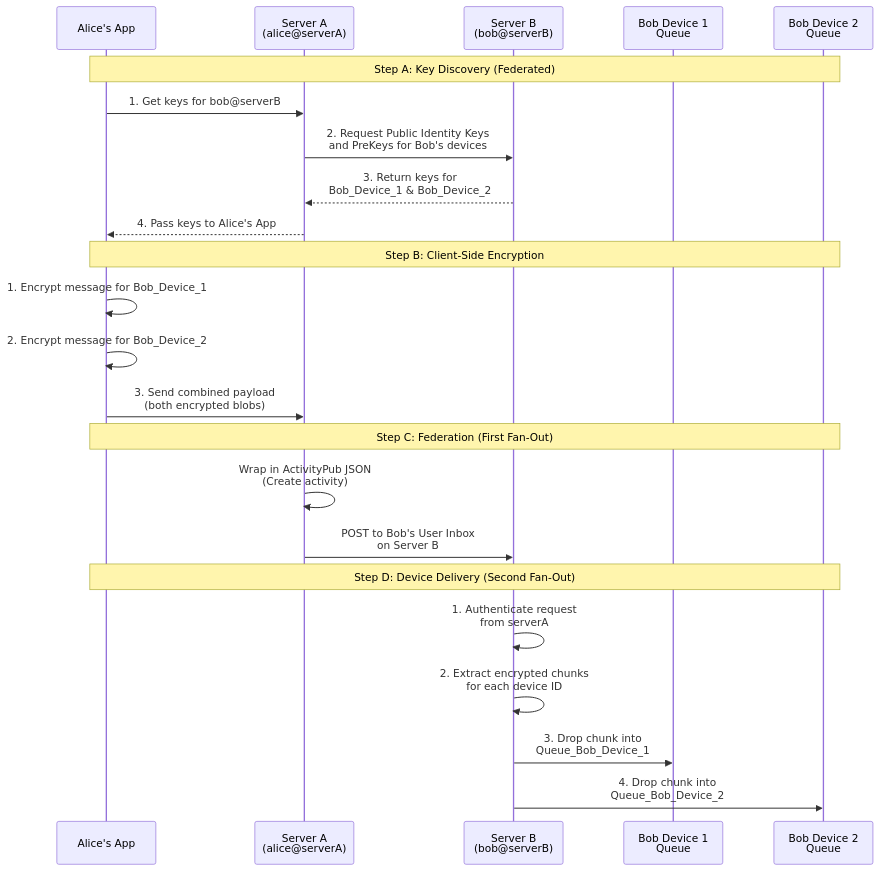
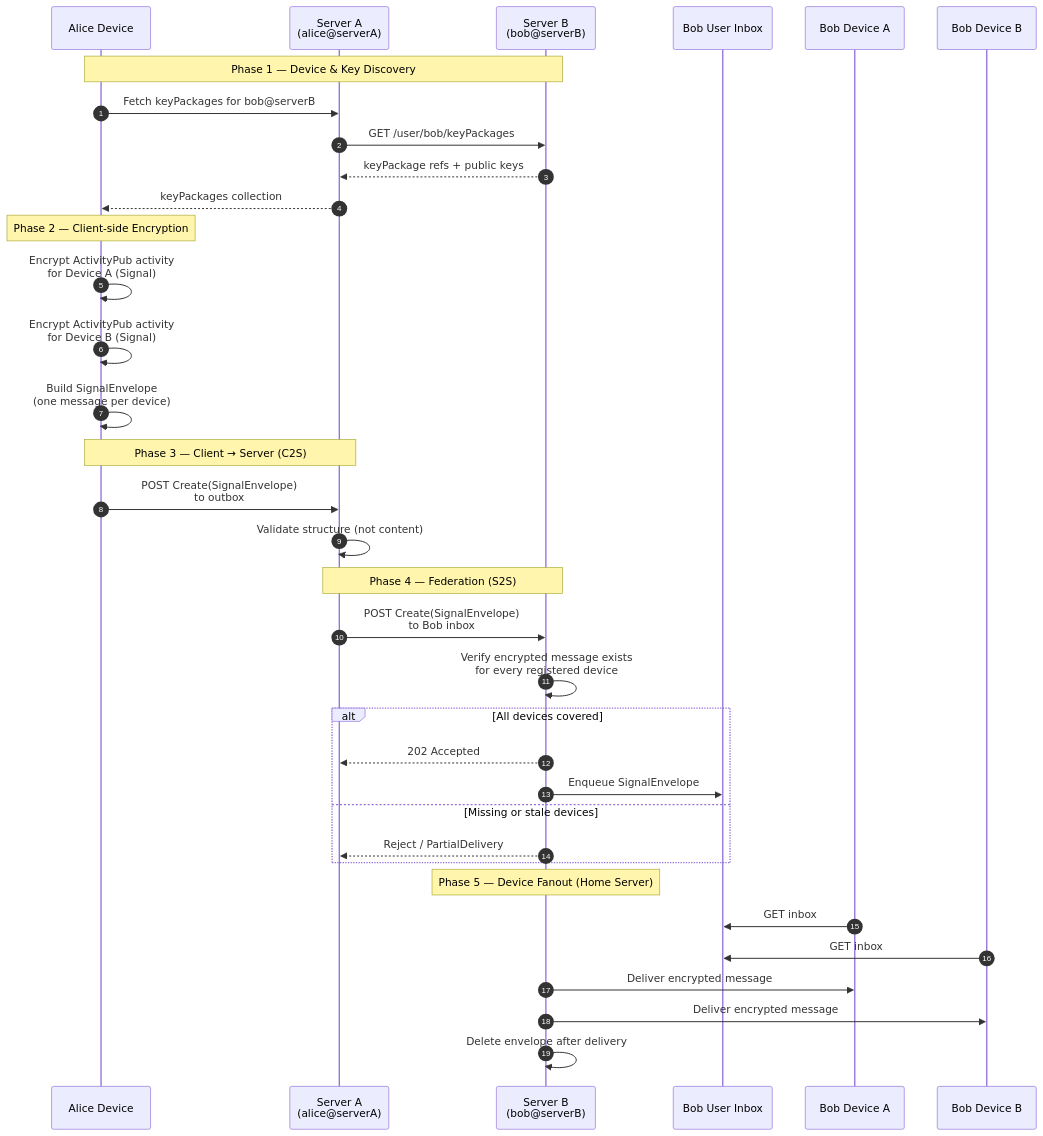
The first of 4 diagrams in README.md (eko-network/eko-messenger), drawn with Mermaid before and after one commit. The commit also changed other lines of this file and 1 other file, not shown here.

Commit message:
docs: specification (version 0.0.1) (#2)
* add specification

* update readme

````diff
--- a/README.md
+++ b/README.md
@@ -10,29 +14,48 @@
 ```mermaid
 sequenceDiagram
-    participant Alice as Alice's App
+    autonumber
+    participant Alice as Alice Device
     participant ServerA as Server A<br/>(alice@serverA)
     participant ServerB as Server B<br/>(bob@serverB)
-    participant Device1 as Bob Device 1<br/>Queue
-    participant Device2 as Bob Device 2<br/>Queue
+    participant BobInbox as Bob User Inbox
+    participant Device1 as Bob Device A
+    participant Device2 as Bob Device B
 
-    Note over Alice,Device2: Step A: Key Discovery (Federated)
-    Alice->>ServerA: 1. Get keys for bob@serverB
-    ServerA->>ServerB: 2. Request Public Identity Keys<br/>and PreKeys for Bob's devices
-    ServerB-->>ServerA: 3. Return keys for<br/>Bob_Device_1 & Bob_Device_2
-    ServerA-->>Alice: 4. Pass keys to Alice's App
+    Note over Alice,ServerB: Phase 1 — Device & Key Discovery
 
-    Note over Alice,Device2: Step B: Client-Side Encryption
-    Alice->>Alice: 1. Encrypt message for Bob_Device_1
-    Alice->>Alice: 2. Encrypt message for Bob_Device_2
-    Alice->>ServerA: 3. Send combined payload<br/>(both encrypted blobs)
+    Alice->>ServerA: Fetch keyPackages for bob@serverB
+    ServerA->>ServerB: GET /user/bob/keyPackages
+    ServerB-->>ServerA: keyPackage refs + public keys
+    ServerA-->>Alice: keyPackages collection
 
-    Note over Alice,Device2: Step C: Federation (First Fan-Out)
-    ServerA->>ServerA: Wrap in ActivityPub JSON<br/>(Create activity)
-    ServerA->>ServerB: POST to Bob's User Inbox<br/>on Server B
+    Note over Alice: Phase 2 — Client-side Encryption
 
-    Note over Alice,Device2: Step D: Device Delivery (Second Fan-Out)
-    ServerB->>ServerB: 1. Authenticate request<br/>from serverA
-    ServerB->>ServerB: 2. Extract encrypted chunks<br/>for each device ID
-    ServerB->>Device1: 3. Drop chunk into<br/>Queue_Bob_Device_1
-    ServerB->>Device2: 4. Drop chunk into<br/>Queue_Bob_Device_2
+    Alice->>Alice: Encrypt ActivityPub activity<br/>for Device A (Signal)
+    Alice->>Alice: Encrypt ActivityPub activity<br/>for Device B (Signal)
+    Alice->>Alice: Build SignalEnvelope<br/>(one message per device)
+
+    Note over Alice,ServerA: Phase 3 — Client → Server (C2S)
+
+    Alice->>ServerA: POST Create(SignalEnvelope)<br/>to outbox
+    ServerA->>ServerA: Validate structure (not content)
+
+    Note over ServerA,ServerB: Phase 4 — Federation (S2S)
+
+    ServerA->>ServerB: POST Create(SignalEnvelope)<br/>to Bob inbox
+    ServerB->>ServerB: Verify encrypted message exists<br/>for every registered device
+
+    alt All devices covered
+        ServerB-->>ServerA: 202 Accepted
+        ServerB->>BobInbox: Enqueue SignalEnvelope
+    else Missing or stale devices
+        ServerB-->>ServerA: Reject / PartialDelivery
+    end
+
+    Note over ServerB: Phase 5 — Device Fanout (Home Server)
+
+    Device1->>BobInbox: GET inbox
+    Device2->>BobInbox: GET inbox
+    ServerB->>Device1: Deliver encrypted message
+    ServerB->>Device2: Deliver encrypted message
+    ServerB->>ServerB: Delete envelope after delivery
 ```
````
